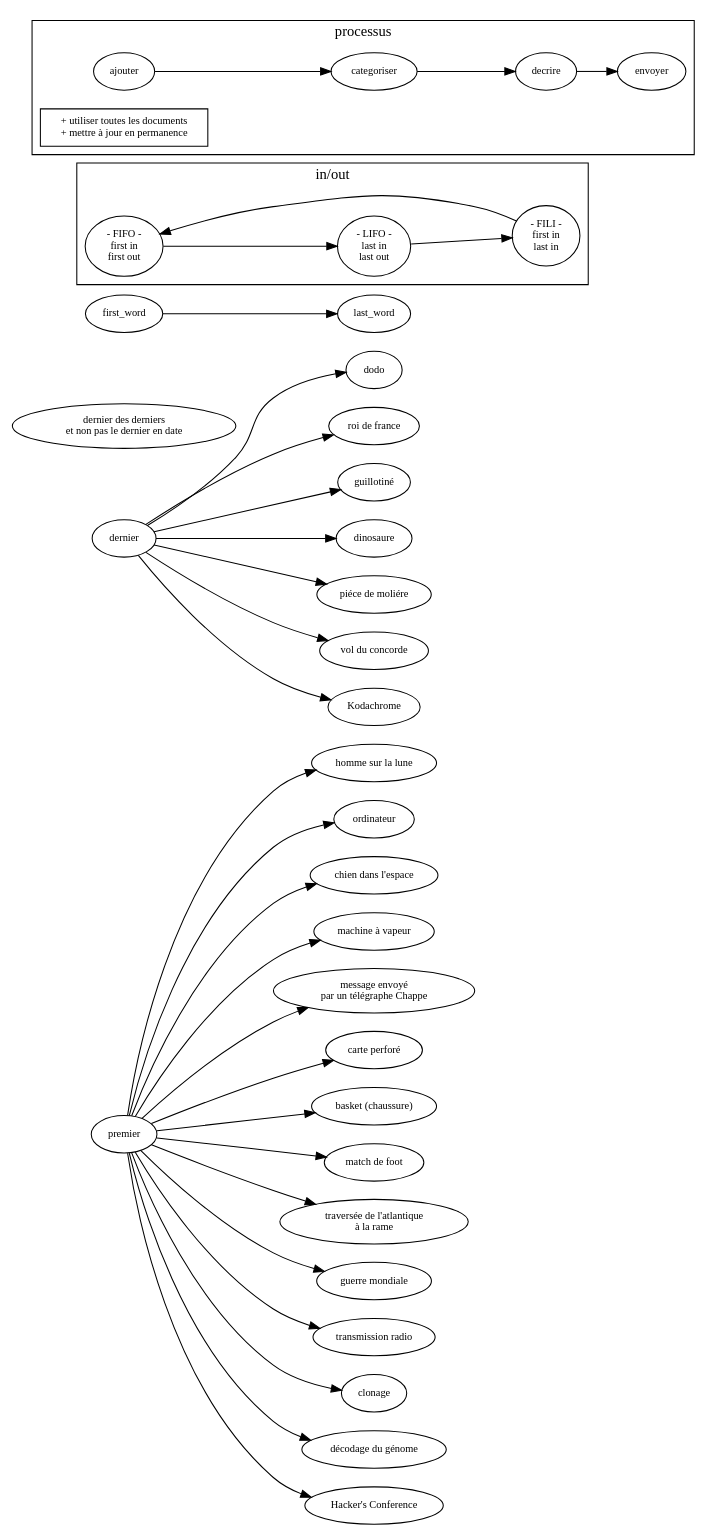
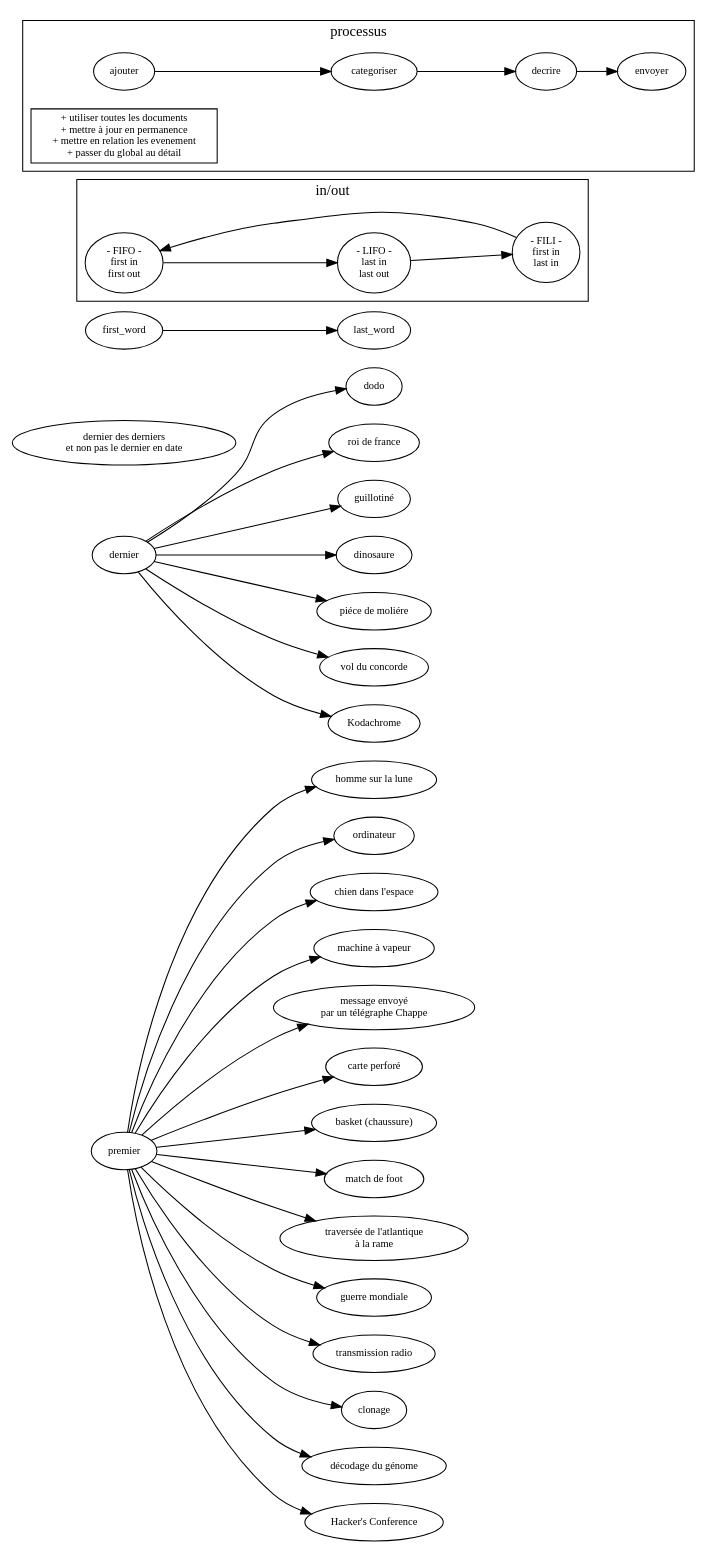
The diagram in sujet.dot (ensad-nancy/first-last), drawn with Graphviz before and after one commit.

Commit message:
++ mettre à jour en permanence ++ mettre en relation les evenement ++ passer du global au détail" [ shape=box]

```diff
--- a/sujet.dot
+++ b/sujet.dot
@@ -1,65 +1,67 @@
 digraph {
 
 	layout= "dot"
 	
 
 	fontname="myriadpro"
 	fontsize = 14
 	rankdir="LR"
 	
 	
 	node [fontname="myriadpro", fontsize = 10]
 	edge [fontname="monaco", fontsize = 9]
 	
 	first [label="premier"]
 	last [label="dernier"]
 	
 	"dernier des derniers\n et non pas le dernier en date" 
 
 	first -> "homme sur la lune"
 	first -> "ordinateur"
 	first -> "chien dans l'espace"
 	first -> "machine à vapeur"
 	first -> "message envoyé\npar un télégraphe Chappe"
 	first -> "carte perforé"
 	first -> "basket (chaussure)"
 	first -> "match de foot"
 	first -> "traversée de l'atlantique\nà la rame"
 	first -> "guerre mondiale"
 	first -> "transmission radio"
 	first -> "clonage"
 	first -> "décodage du génome"
 	first -> "Hacker's Conference"
 	
 	last -> dodo
 	last -> "roi de france"
 	last -> "guillotiné"
 	last -> "dinosaure"
 	last -> "piéce de moliére"
 	last -> "vol du concorde"
 	last -> "Kodachrome"
 
 	first_word -> last_word
 	subgraph cluster_FO{
 	
 		label="in/out"
 		
 		FIFO [label="- FIFO -\nfirst in\nfirst out"]
 		LIFO [label="- LIFO -\nlast in\nlast out"]
 		FILI [label="- FILI -\nfirst in\n last in"]
 
 		FILI -> FIFO -> LIFO -> FILI
 	}
 	
 	subgraph cluster_process {
 		
 		label="processus"
 		
 		//get [label="récolter"]
 		
 		ajouter -> categoriser -> decrire -> envoyer
 		
 		"+ utiliser toutes les documents
-+ mettre à jour en permanence" [ shape=box]
++ mettre à jour en permanence
++ mettre en relation les evenement
++ passer du global au détail" [ shape=box]
 	}
 }
```
